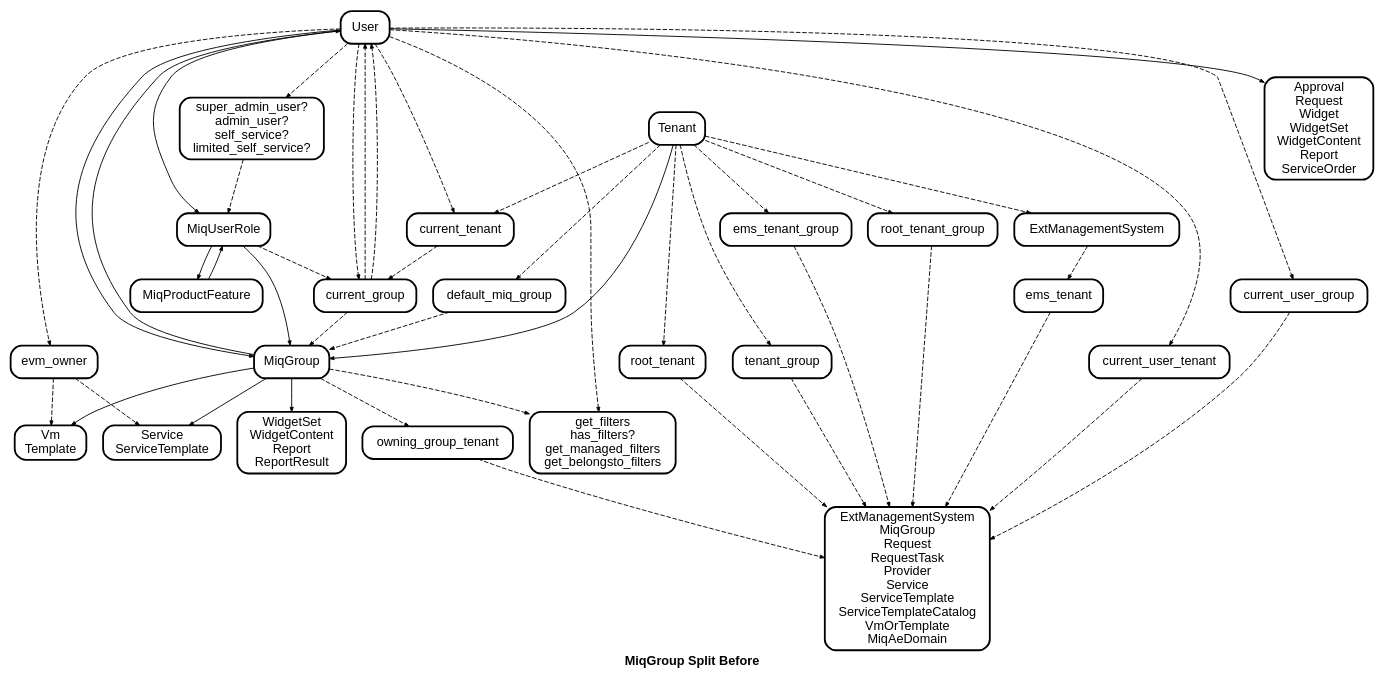
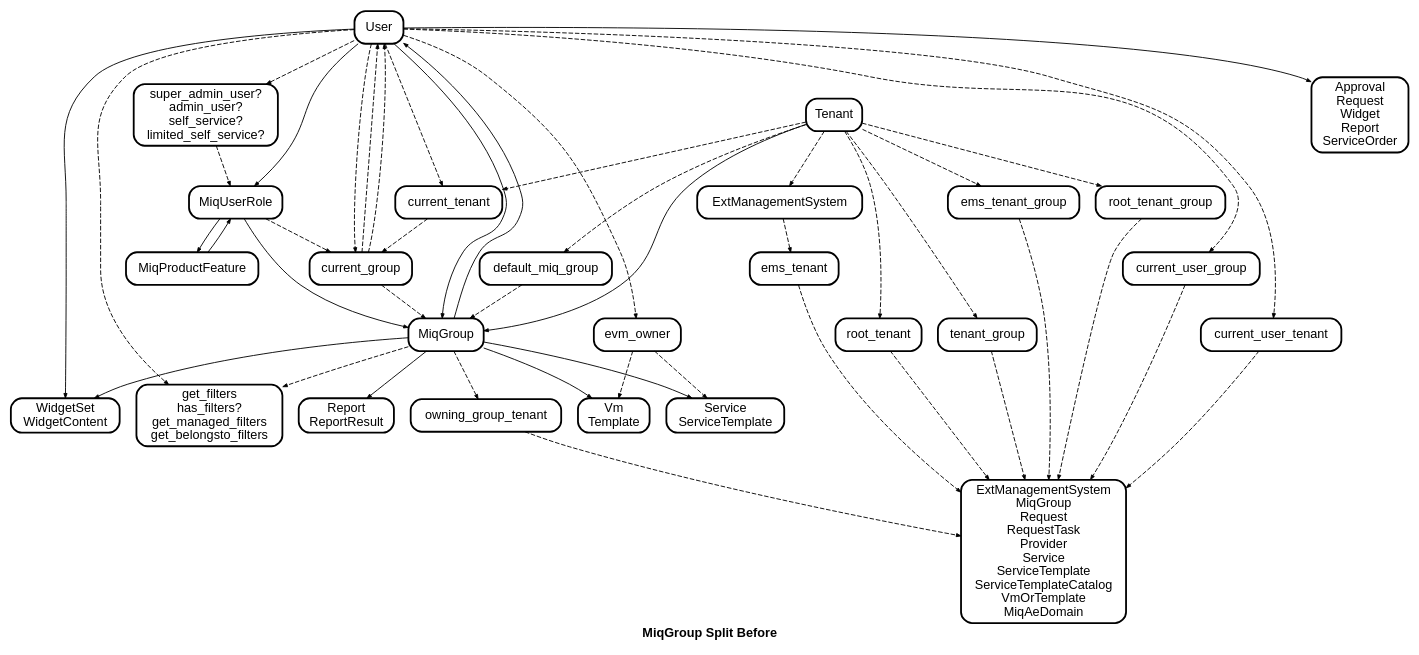
The diagram in miq_group_split_before.dot (jrafanie/miq_group_split), drawn with Graphviz before and after one commit.

Commit message:
Extract common WidgetSet and WidgetContent as a thing for ownership.

```diff
--- a/miq_group_split_before.dot
+++ b/miq_group_split_before.dot
@@ -1,47 +1,48 @@
 digraph MiqGroupSplitBefore {
 	graph [ fontname="Helvetica-Bold" ]
 	node  [ id="\N" shape="Mrecord" style="filled" fontname="Helvetica" fillcolor="#ffffff" penwidth="2" ]
 	edge  [ arrowsize="0.5" fontname="Helvetica" ]
 
 	label="MiqGroup Split Before"
 	style="rounded"
 
-	user_owned_resources [label="Approval\nRequest\nWidget\nWidgetSet\nWidgetContent\nReport\nServiceOrder"]
-	group_owned_resources [label="WidgetSet\nWidgetContent\nReport\nReportResult"]
+	user_owned_resources [label="Approval\nRequest\nWidget\nReport\nServiceOrder"]
+	group_owned_resources [label="Report\nReportResult"]
+	widgetset_content [label = "WidgetSet\nWidgetContent"]
 	owned_vms [label="Vm\nTemplate"]
 	filters [label="get_filters\nhas_filters?\nget_managed_filters\nget_belongsto_filters"]
 	user_levels [label="super_admin_user?\nadmin_user?\nself_service?\nlimited_self_service?"]
 	service_resources [label="Service\nServiceTemplate"]
 	tenancy_resources [label="ExtManagementSystem\nMiqGroup\nRequest\nRequestTask\nProvider\nService\nServiceTemplate\nServiceTemplateCatalog\nVmOrTemplate\nMiqAeDomain"]
 
 	Tenant -> MiqGroup
 	Tenant -> default_miq_group -> MiqGroup [style="dashed"]
 	MiqUserRole -> MiqGroup
 	MiqUserRole -> MiqProductFeature
 	MiqProductFeature -> MiqUserRole
 	MiqGroup -> User
 
 	# OwnershipMixin
-	MiqGroup -> owned_vms, group_owned_resources, service_resources
+	MiqGroup -> owned_vms, group_owned_resources, widgetset_content, service_resources
 	User -> evm_owner -> owned_vms, service_resources [style="dashed"]
 
 	User -> MiqUserRole, MiqGroup
 	User -> current_tenant, current_group, filters [style="dashed"]
 	User -> user_levels -> MiqUserRole [style="dashed"]
 	MiqGroup -> filters [style="dashed"]
 
-	User -> user_owned_resources
+	User -> user_owned_resources, widgetset_content
 	current_group -> MiqGroup [style="dashed"]
 	MiqUserRole -> current_group -> User [style="dashed"]
 	Tenant -> current_tenant -> current_group -> User [style="dashed"]
 
 	# TenancyMixin
 	MiqGroup -> owning_group_tenant -> tenancy_resources [style="dashed"]
 	User -> current_user_tenant -> tenancy_resources [style="dashed"]
 	Tenant -> ExtManagementSystem -> ems_tenant -> tenancy_resources [style="dashed"]
 	Tenant -> root_tenant -> tenancy_resources [style="dashed"]
 	Tenant -> tenant_group -> tenancy_resources [style="dashed"]
 	User -> current_user_group -> tenancy_resources [style="dashed"]
 	Tenant -> ems_tenant_group -> tenancy_resources [style="dashed"]
 	Tenant -> root_tenant_group -> tenancy_resources [style="dashed"]
 }
```
